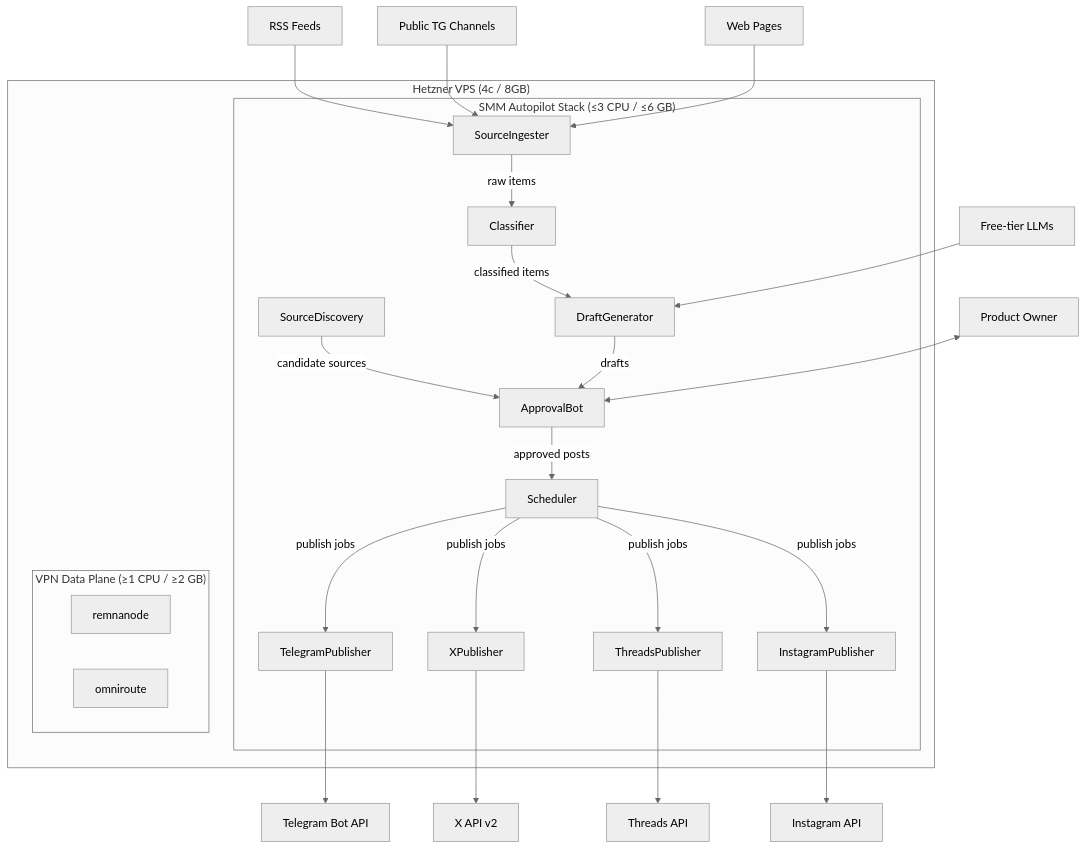
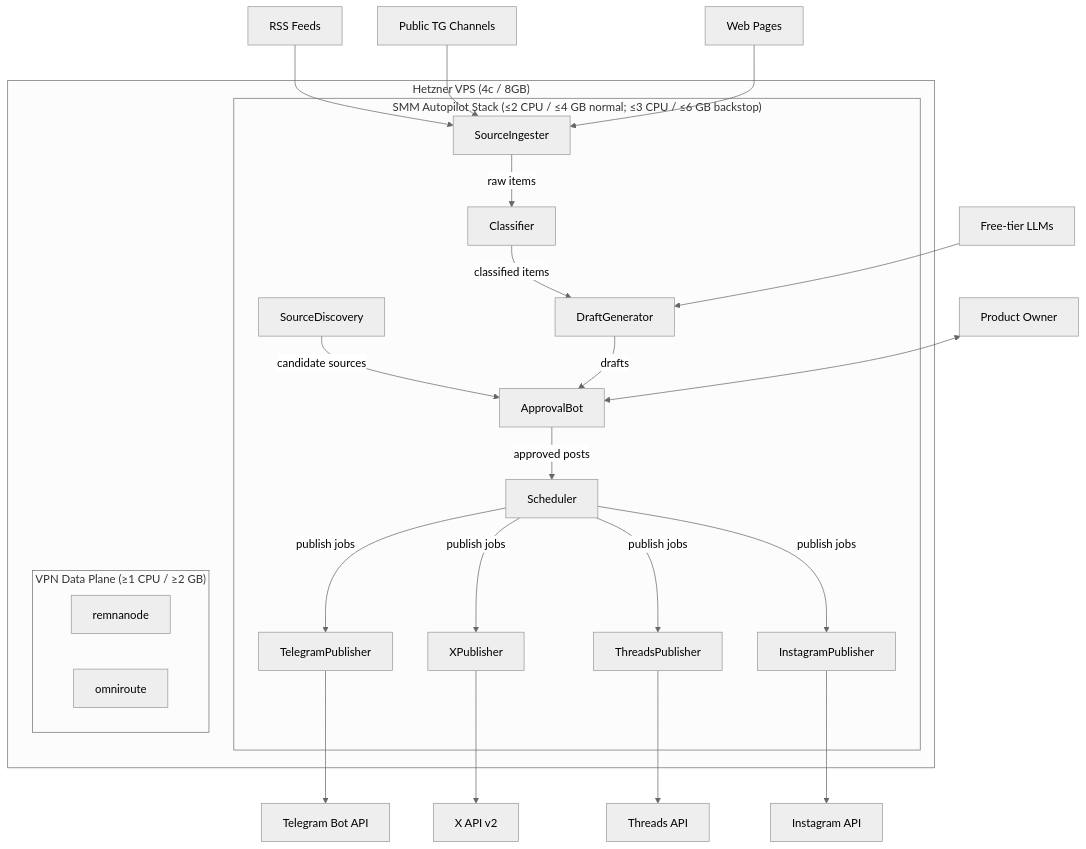
The diagram in docs/architecture/ARCH-001-smm-autopilot-mvp.md (OpenClown-bot/agents-office), drawn with Mermaid (neutral theme) before and after one commit. The commit also changed other lines of this file and 1 other file, not shown here.

````diff
--- a/docs/architecture/ARCH-001-smm-autopilot-mvp.md
+++ b/docs/architecture/ARCH-001-smm-autopilot-mvp.md
@@ -41,30 +45,30 @@
 ```mermaid
 graph TD
     subgraph "Hetzner VPS (4c / 8GB)"
-        subgraph "SMM Autopilot Stack (≤3 CPU / ≤6 GB)"
+        subgraph "SMM Autopilot Stack (≤2 CPU / ≤4 GB normal; ≤3 CPU / ≤6 GB backstop)"
             SI[SourceIngester] -->|raw items| CL[Classifier]
             SD[SourceDiscovery] -->|candidate sources| AB
             CL -->|classified items| DG[DraftGenerator]
             DG -->|drafts| AB[ApprovalBot]
             AB -->|approved posts| SC[Scheduler]
             SC -->|publish jobs| TP[TelegramPublisher]
             SC -->|publish jobs| XP[XPublisher]
             SC -->|publish jobs| ThP[ThreadsPublisher]
             SC -->|publish jobs| IP[InstagramPublisher]
         end
         subgraph "VPN Data Plane (≥1 CPU / ≥2 GB)"
             RN[remnanode]
             OR[omniroute]
         end
     end
 
     RSS[RSS Feeds] --> SI
     TGC[Public TG Channels] --> SI
     WEB[Web Pages] --> SI
     LLM[Free-tier LLMs] --> DG
     PO[Product Owner] <--> AB
     TP --> TGAPI[Telegram Bot API]
     XP --> XAPI[X API v2]
     ThP --> META[Threads API]
     IP --> IGAPI[Instagram API]
 ```
````
